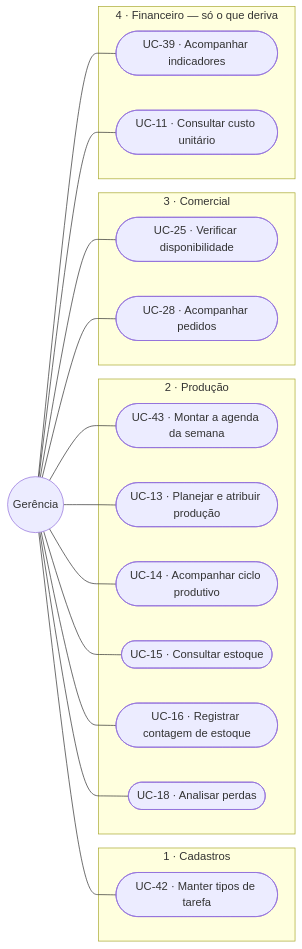
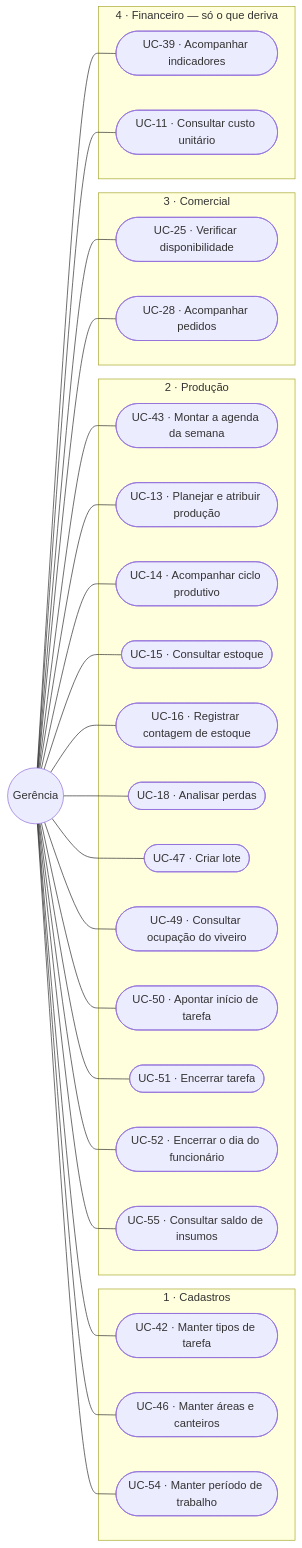
The third of 5 diagrams in docs/engenharia/C-modelagem/C1-diagrama-casos-de-uso.md (JoaoMudar/mudar), drawn with Mermaid before and after one commit. The commit also changed other lines of this file and 103 other files, not shown here.

````diff
--- a/docs/engenharia/C-modelagem/C1-diagrama-casos-de-uso.md
+++ b/docs/engenharia/C-modelagem/C1-diagrama-casos-de-uso.md
@@ -197,39 +204,55 @@
 ```mermaid
 graph LR
   GE(("Gerência"))
 
   subgraph M1["1 · Cadastros"]
     UC42(["UC-42 · Manter tipos de tarefa"])
+    UC46(["UC-46 · Manter áreas e canteiros"])
+    UC54(["UC-54 · Manter período de trabalho"])
   end
 
   subgraph M2["2 · Produção"]
     UC43(["UC-43 · Montar a agenda da semana"])
     UC13(["UC-13 · Planejar e atribuir produção"])
     UC14(["UC-14 · Acompanhar ciclo produtivo"])
     UC15(["UC-15 · Consultar estoque"])
     UC16(["UC-16 · Registrar contagem de estoque"])
     UC18b(["UC-18 · Analisar perdas"])
+    UC47(["UC-47 · Criar lote"])
+    UC49(["UC-49 · Consultar ocupação do viveiro"])
+    UC50(["UC-50 · Apontar início de tarefa"])
+    UC51(["UC-51 · Encerrar tarefa"])
+    UC52(["UC-52 · Encerrar o dia do funcionário"])
+    UC55(["UC-55 · Consultar saldo de insumos"])
   end
 
   subgraph M3["3 · Comercial"]
     UC25(["UC-25 · Verificar disponibilidade"])
     UC28b(["UC-28 · Acompanhar pedidos"])
   end
 
   subgraph M4["4 · Financeiro &mdash; só o que deriva"]
     UC39b(["UC-39 · Acompanhar indicadores"])
     UC11b(["UC-11 · Consultar custo unitário"])
   end
 
   GE --- UC42
+  GE --- UC46
+  GE --- UC54
   GE --- UC43
+  GE --- UC47
+  GE --- UC49
+  GE --- UC50
+  GE --- UC51
+  GE --- UC52
+  GE --- UC55
   GE --- UC13
   GE --- UC14
   GE --- UC15
   GE --- UC16
   GE --- UC25
   GE --- UC28b
   GE --- UC18b
   GE --- UC39b
   GE --- UC11b
 ```
````
